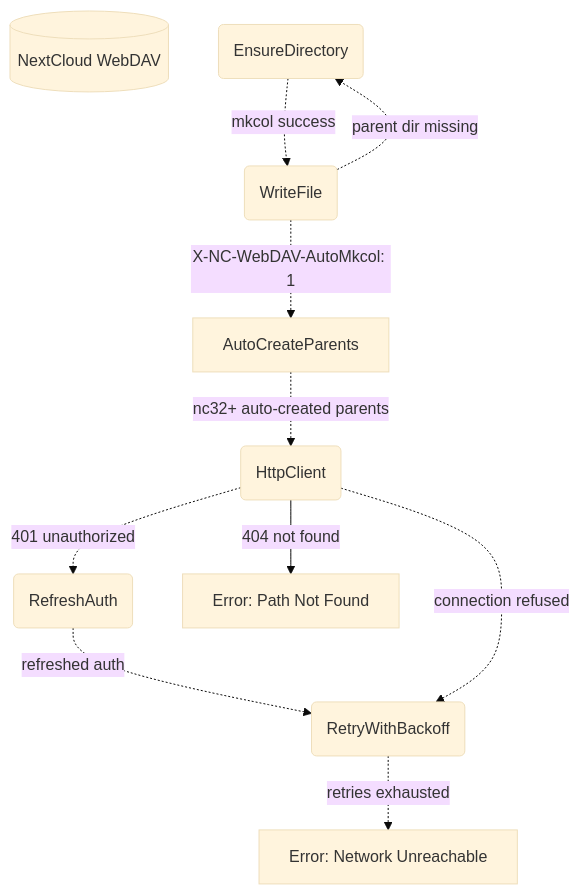
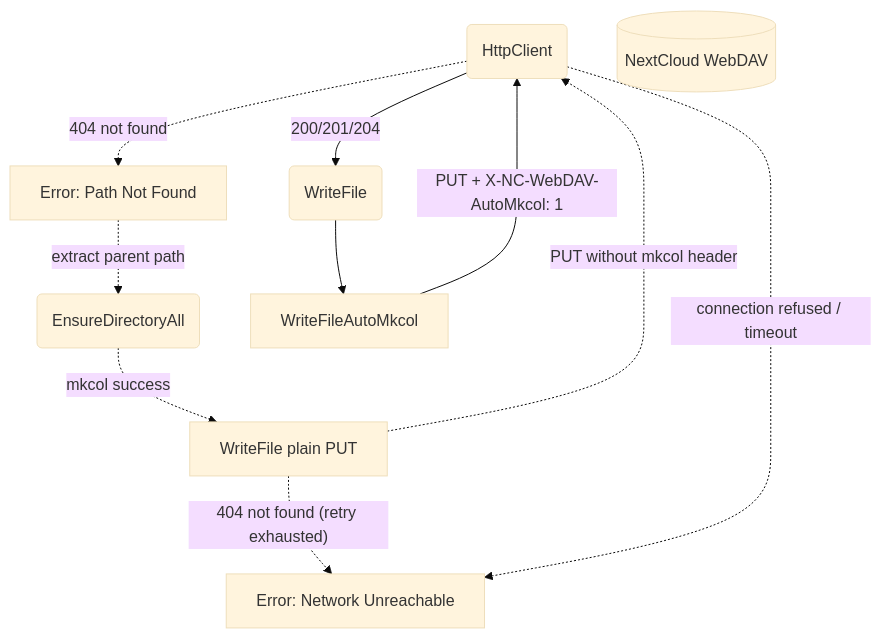
The second of 4 diagrams in _dfds/tools/webdav.md (cosmoswafer/rockbot), drawn with Mermaid (base theme) before and after one commit. The commit also changed other lines of this file and 5 other files, not shown here.

First line of the commit message:
feat(webdav): add write-with-fallback and ensure_room_directory

````diff
--- a/_dfds/tools/webdav.md
+++ b/_dfds/tools/webdav.md
@@ -60,22 +65,21 @@
 ```mermaid
 flowchart TD
     HTTP(HttpClient)
     NC[(NextCloud WebDAV)]
-    AUTH_REFRESH(RefreshAuth)
-    RETRY(RetryWithBackoff)
     ERR_404[Error: Path Not Found]
     ERR_NET[Error: Network Unreachable]
-    MKDIR(EnsureDirectory)
+    MKDIR_ALL(EnsureDirectoryAll)
     WRITE(WriteFile)
-    AUTO_MKCOL[AutoCreateParents]
+    WRITE_SIMPLE[WriteFile plain PUT]
+    AUTO_MKCOL[WriteFileAutoMkcol]
 
-    HTTP -.->|"401 unauthorized"| AUTH_REFRESH
-    AUTH_REFRESH -.->|"refreshed auth"| RETRY
-    HTTP -->|"404 not found"| ERR_404
-    HTTP -.->|"connection refused"| RETRY
-    RETRY -.->|"retries exhausted"| ERR_NET
-    WRITE -.->|"parent dir missing"| MKDIR
-    MKDIR -.->|"mkcol success"| WRITE
-    WRITE -.->|"X-NC-WebDAV-AutoMkcol: 1"| AUTO_MKCOL
-    AUTO_MKCOL -.->|"nc32+ auto-created parents"| HTTP
+    WRITE --> AUTO_MKCOL
+    AUTO_MKCOL -->|"PUT + X-NC-WebDAV-AutoMkcol: 1"| HTTP
+    HTTP -->|"200/201/204"| WRITE
+    HTTP -.->|"404 not found"| ERR_404
+    ERR_404 -.->|"extract parent path"| MKDIR_ALL
+    MKDIR_ALL -.->|"mkcol success"| WRITE_SIMPLE
+    WRITE_SIMPLE -.->|"PUT without mkcol header"| HTTP
+    WRITE_SIMPLE -.->|"404 not found (retry exhausted)"| ERR_NET
+    HTTP -.->|"connection refused / timeout"| ERR_NET
 ```
````
